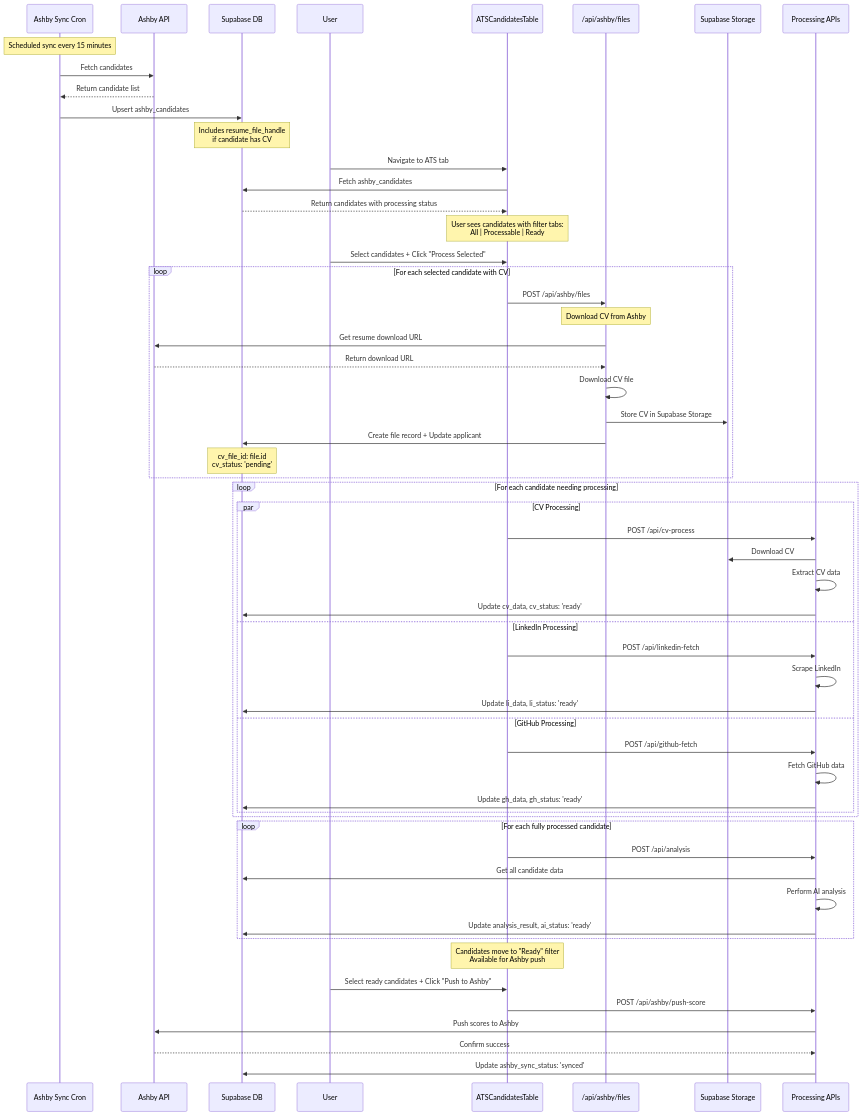
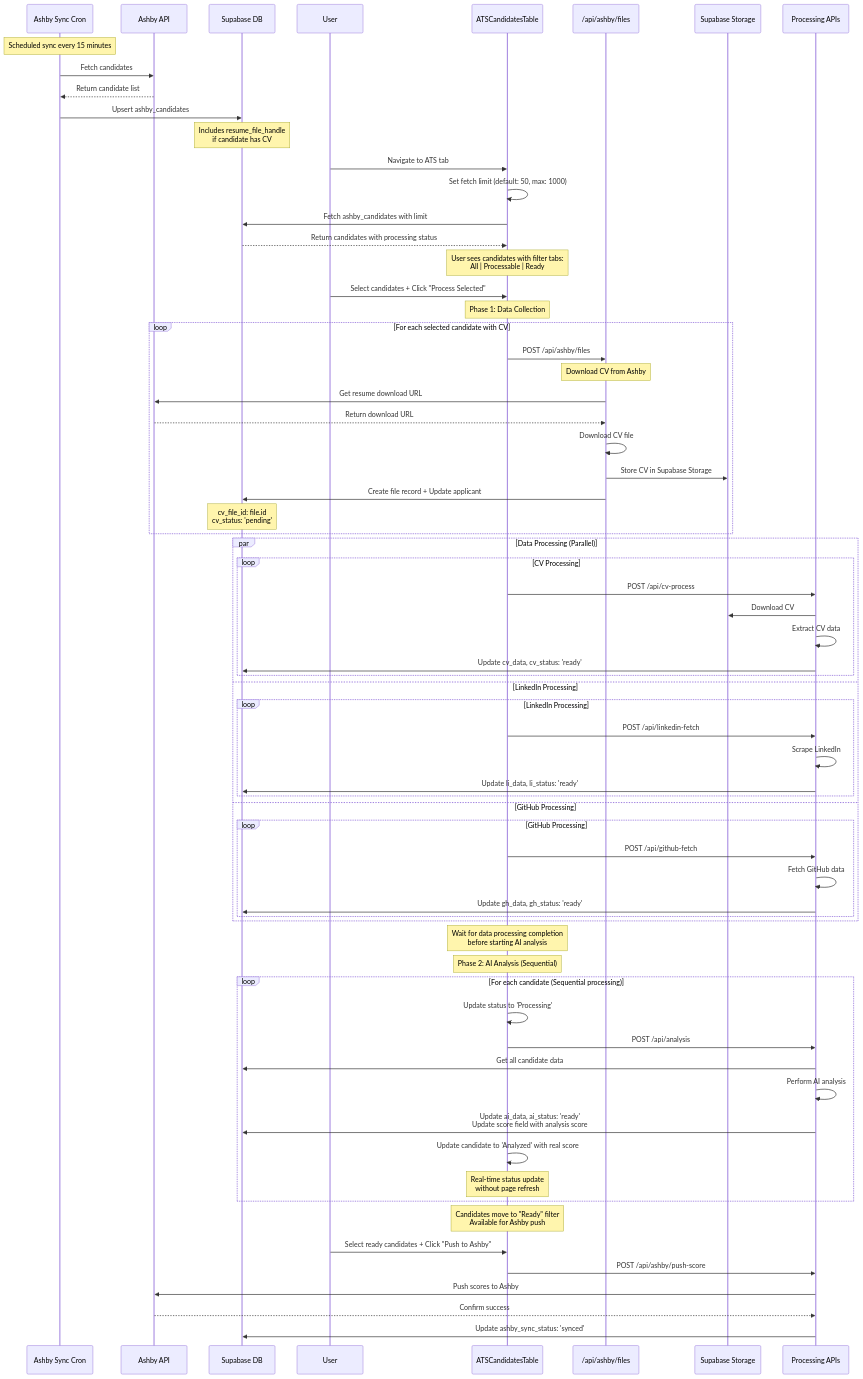
One commit to mousberg/le-commit changed the diagram in docs/flows/ats-upload-flow.md. Above: the diagram before and after it, drawn with Mermaid. The commit also changed other lines of this file and 1 other file, not shown here.

Commit message:
docs: Update flow documentation to reflect current implementation
- Update manual-upload-flow.md with polling-based AI analysis timing
- Update ats-upload-flow.md with sequential processing phases
- Add recent improvements section documenting January 2025 fixes
- Include configurable fetch limit and real-time UI updates
- Document score persistence and state management improvements
- Reflect current status progression and error handling

```diff
--- a/docs/flows/ats-upload-flow.md
+++ b/docs/flows/ats-upload-flow.md
@@ -25,12 +25,15 @@
     Note over DB: Includes resume_file_handle<br/>if candidate has CV
     
     User->>UI: Navigate to ATS tab
-    UI->>DB: Fetch ashby_candidates
+    UI->>UI: Set fetch limit (default: 50, max: 1000)
+    UI->>DB: Fetch ashby_candidates with limit
     DB-->>UI: Return candidates with processing status
     
     Note over UI: User sees candidates with filter tabs:<br/>All | Processable | Ready
     
     User->>UI: Select candidates + Click "Process Selected"
+    
+    Note over UI: Phase 1: Data Collection
     
     loop For each selected candidate with CV
         UI->>FileAPI: POST /api/ashby/files
@@ -43,28 +46,39 @@
         Note over DB: cv_file_id: file.id<br/>cv_status: 'pending'
     end
     
-    loop For each candidate needing processing
-        par CV Processing
+    par Data Processing (Parallel)
+        loop CV Processing
             UI->>ProcessAPI: POST /api/cv-process
             ProcessAPI->>Storage: Download CV
             ProcessAPI->>ProcessAPI: Extract CV data
             ProcessAPI->>DB: Update cv_data, cv_status: 'ready'
+        end
         and LinkedIn Processing
-            UI->>ProcessAPI: POST /api/linkedin-fetch
-            ProcessAPI->>ProcessAPI: Scrape LinkedIn
-            ProcessAPI->>DB: Update li_data, li_status: 'ready'
+            loop LinkedIn Processing
+                UI->>ProcessAPI: POST /api/linkedin-fetch
+                ProcessAPI->>ProcessAPI: Scrape LinkedIn
+                ProcessAPI->>DB: Update li_data, li_status: 'ready'
+            end
         and GitHub Processing
-            UI->>ProcessAPI: POST /api/github-fetch
-            ProcessAPI->>ProcessAPI: Fetch GitHub data
-            ProcessAPI->>DB: Update gh_data, gh_status: 'ready'
-        end
+            loop GitHub Processing
+                UI->>ProcessAPI: POST /api/github-fetch
+                ProcessAPI->>ProcessAPI: Fetch GitHub data
+                ProcessAPI->>DB: Update gh_data, gh_status: 'ready'
+            end
     end
     
-    loop For each fully processed candidate
+    Note over UI: Wait for data processing completion<br/>before starting AI analysis
+    
+    Note over UI: Phase 2: AI Analysis (Sequential)
+    
+    loop For each candidate (Sequential processing)
+        UI->>UI: Update status to 'Processing'
         UI->>ProcessAPI: POST /api/analysis
         ProcessAPI->>DB: Get all candidate data
         ProcessAPI->>ProcessAPI: Perform AI analysis
-        ProcessAPI->>DB: Update analysis_result, ai_status: 'ready'
+        ProcessAPI->>DB: Update ai_data, ai_status: 'ready'<br/>Update score field with analysis score
+        UI->>UI: Update candidate to 'Analyzed' with real score
+        Note over UI: Real-time status update<br/>without page refresh
     end
     
     Note over UI: Candidates move to "Ready" filter<br/>Available for Ashby push
```
